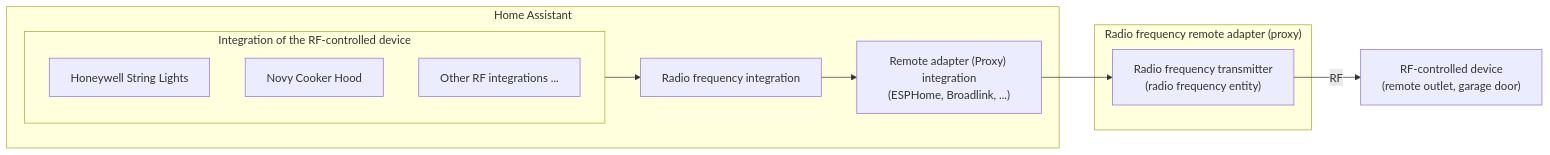
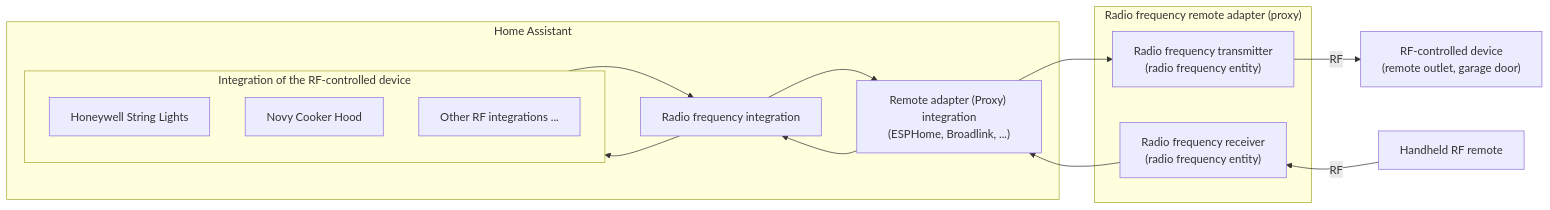
Before and after one commit to home-assistant/home-assistant.io: the diagram in source/images/integrations/radio_frequency/radio-frequency-overview.mmd, drawn with Mermaid. The commit also changed 2 other files, not shown here.

Commit message:
Add receiver support to Radio Frequency

```diff
--- a/source/images/integrations/radio_frequency/radio-frequency-overview.mmd
+++ b/source/images/integrations/radio_frequency/radio-frequency-overview.mmd
@@ -1,23 +1,32 @@
 flowchart LR
     subgraph HA["Home Assistant"]
         subgraph DEV["Integration of the RF-controlled device"]
             HONEYWELL["Honeywell String Lights"]
             NOVY["Novy Cooker Hood"]
             OTHER["Other RF integrations ..."]
         end
 
         RFINT["Radio frequency integration"]
 
         PROXYINT["Remote adapter (Proxy) integration<br/>(ESPHome, Broadlink, ...)"]
     end
 
     subgraph ADAPTER["Radio frequency remote adapter (proxy)"]
         TX["Radio frequency transmitter<br/>(radio frequency entity)"]
+        RX["Radio frequency receiver<br/>(radio frequency entity)"]
     end
 
     DEVICE["RF-controlled device<br/>(remote outlet, garage door)"]
+    REMOTE["Handheld RF remote"]
 
     DEV --> RFINT
     RFINT --> PROXYINT
     PROXYINT --> TX
     TX -->|"RF"| DEVICE
+    %% Invisible links keep the receiver next to the transmitter
+    PROXYINT ~~~ RX
+    RX ~~~ REMOTE
+    REMOTE -->|"RF"| RX
+    RX --> PROXYINT
+    PROXYINT --> RFINT
+    RFINT --> DEV
```
